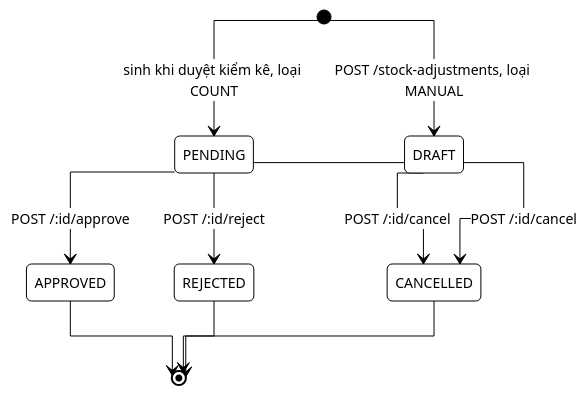
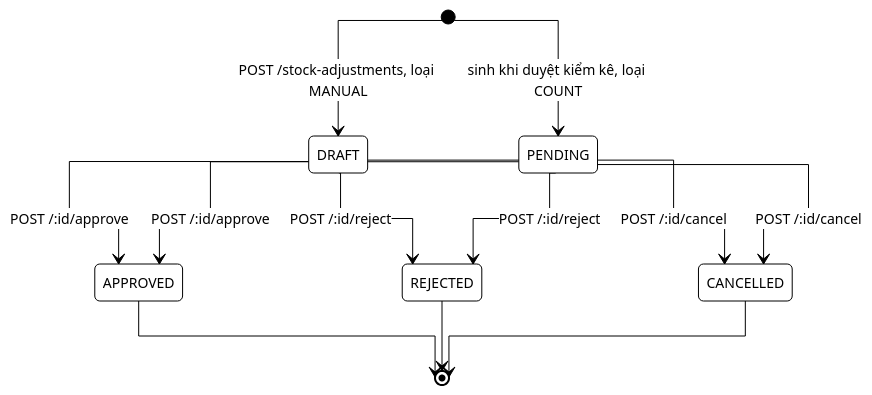
The diagram in docs/diagrams/47_3-3-5_chuc-nang-dieu-chinh-ton-stock-adjustment_state.mmd (nguyenthihongnhu-dotcom/luanvan2026), drawn with Mermaid before and after one commit. The commit also changed 22 other files, not shown here.

```diff
--- a/docs/diagrams/47_3-3-5_chuc-nang-dieu-chinh-ton-stock-adjustment_state.mmd
+++ b/docs/diagrams/47_3-3-5_chuc-nang-dieu-chinh-ton-stock-adjustment_state.mmd
@@ -1,35 +1,37 @@
 %%{init: {
   'theme': 'base',
   'themeVariables': {
     'primaryColor': '#ffffff',
     'primaryBorderColor': '#000000',
     'primaryTextColor': '#000000',
     'secondaryColor': '#ffffff',
     'secondaryBorderColor': '#000000',
     'secondaryTextColor': '#000000',
     'tertiaryColor': '#ffffff',
     'tertiaryBorderColor': '#000000',
     'tertiaryTextColor': '#000000',
     'lineColor': '#000000',
     'textColor': '#000000',
     'mainBkg': '#ffffff',
     'nodeBorder': '#000000',
     'clusterBkg': '#ffffff',
     'clusterBorder': '#000000',
     'edgeLabelBackground': '#ffffff',
     'fontSize': '14px',
     'labelBackgroundColor': '#ffffff'
   },
   'flowchart': { 'curve': 'stepAfter', 'nodeSpacing': 60, 'rankSpacing': 70, 'padding': 12 },
   'state': { 'padding': 12, 'useMaxWidth': false }
 }}%%
 stateDiagram-v2
     [*] --> DRAFT: POST /stock-adjustments, loại MANUAL
     [*] --> PENDING: sinh khi duyệt kiểm kê, loại COUNT
+    DRAFT --> APPROVED: POST /:id/approve
+    DRAFT --> REJECTED: POST /:id/reject
     DRAFT --> CANCELLED: POST /:id/cancel
     PENDING --> APPROVED: POST /:id/approve
     PENDING --> REJECTED: POST /:id/reject
     PENDING --> CANCELLED: POST /:id/cancel
     APPROVED --> [*]
     REJECTED --> [*]
     CANCELLED --> [*]
```
